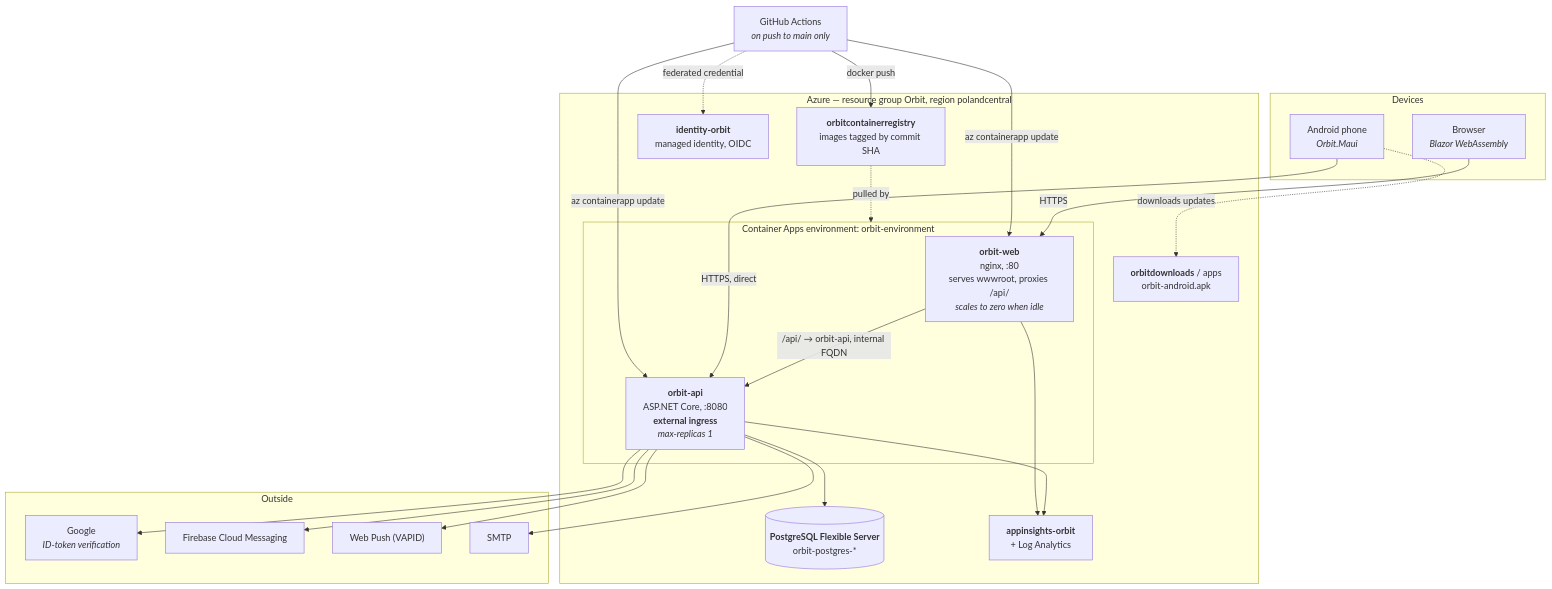
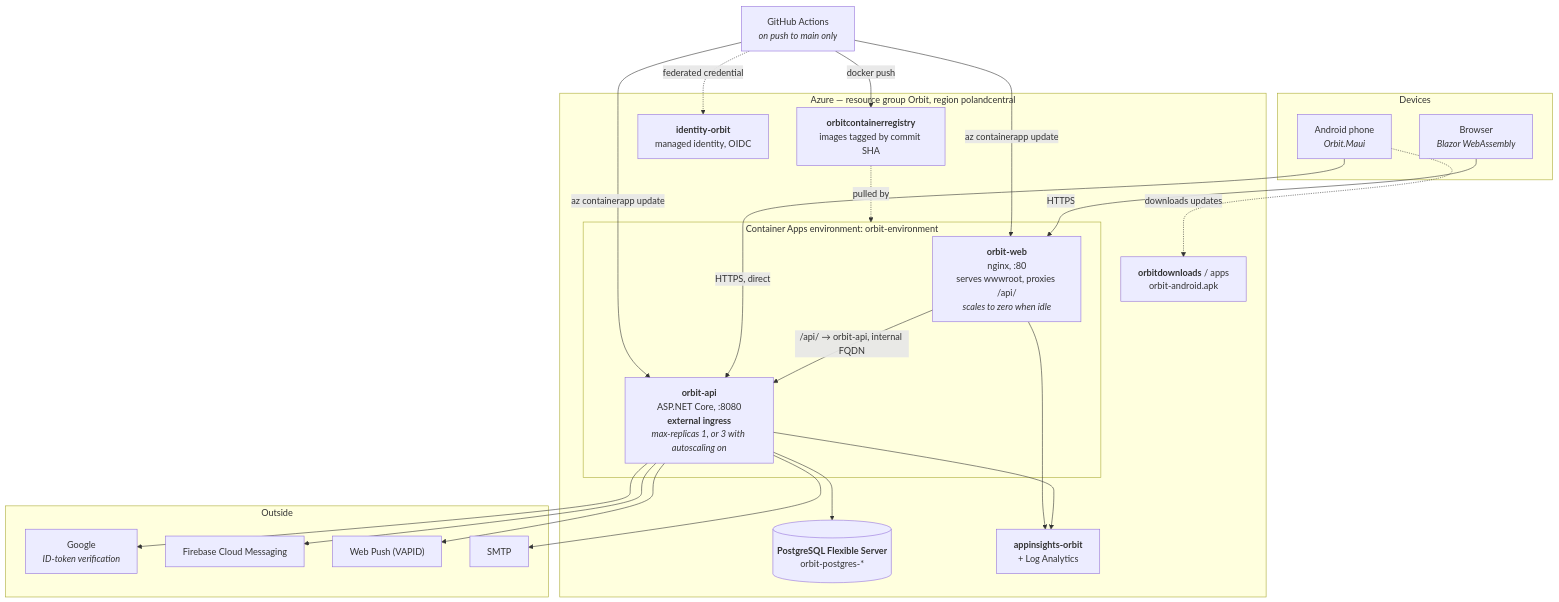
Before and after one commit to NorArax-NeflinOwl/orbit: the first of 2 diagrams in info/uml/deployment.md, drawn with Mermaid. The commit also changed other lines of this file and 3 other files, not shown here.

````diff
--- a/info/uml/deployment.md
+++ b/info/uml/deployment.md
@@ -5,47 +5,47 @@
 ```mermaid
 flowchart TB
     subgraph devices["Devices"]
         browser["Browser<br/><i>Blazor WebAssembly</i>"]
         phone["Android phone<br/><i>Orbit.Maui</i>"]
     end
 
     subgraph azure["Azure — resource group Orbit, region polandcentral"]
         subgraph env["Container Apps environment: orbit-environment"]
             web["<b>orbit-web</b><br/>nginx, :80<br/>serves wwwroot, proxies /api/<br/><i>scales to zero when idle</i>"]
-            api["<b>orbit-api</b><br/>ASP.NET Core, :8080<br/><b>external ingress</b><br/><i>max-replicas 1</i>"]
+            api["<b>orbit-api</b><br/>ASP.NET Core, :8080<br/><b>external ingress</b><br/><i>max-replicas 1, or 3 with autoscaling on</i>"]
         end
         pg[("<b>PostgreSQL Flexible Server</b><br/>orbit-postgres-*")]
         acr["<b>orbitcontainerregistry</b><br/>images tagged by commit SHA"]
         blob["<b>orbitdownloads</b> / apps<br/>orbit-android.apk"]
         insights["<b>appinsights-orbit</b><br/>+ Log Analytics"]
         identity["<b>identity-orbit</b><br/>managed identity, OIDC"]
     end
 
     subgraph outside["Outside"]
         google["Google<br/><i>ID-token verification</i>"]
         fcm["Firebase Cloud Messaging"]
         vapid["Web Push (VAPID)"]
         smtp["SMTP"]
     end
 
     gh["GitHub Actions<br/><i>on push to main only</i>"]
 
     browser -->|HTTPS| web
     web -->|"/api/ → orbit-api, internal FQDN"| api
     phone -->|"HTTPS, direct"| api
     phone -.->|downloads updates| blob
 
     api --> pg
     api --> insights
     api --> google
     api --> fcm
     api --> vapid
     api --> smtp
     web --> insights
 
     gh -->|docker push| acr
     gh -->|az containerapp update| web
     gh -->|az containerapp update| api
     gh -.->|federated credential| identity
     acr -.->|pulled by| env
 ```
````
